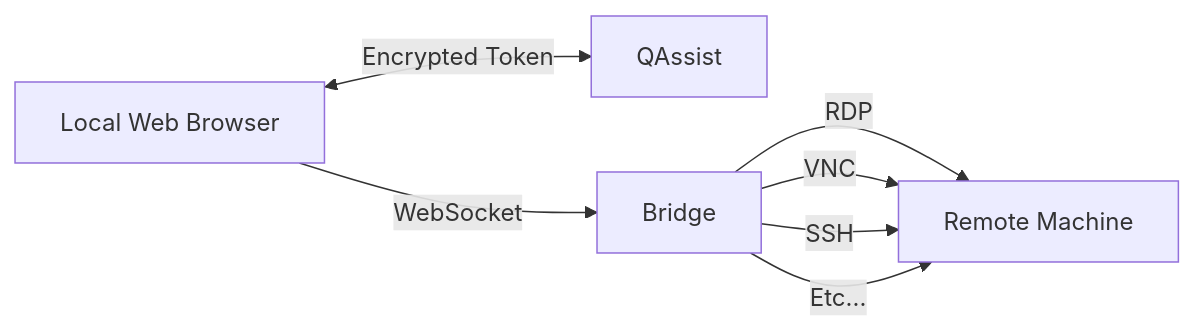
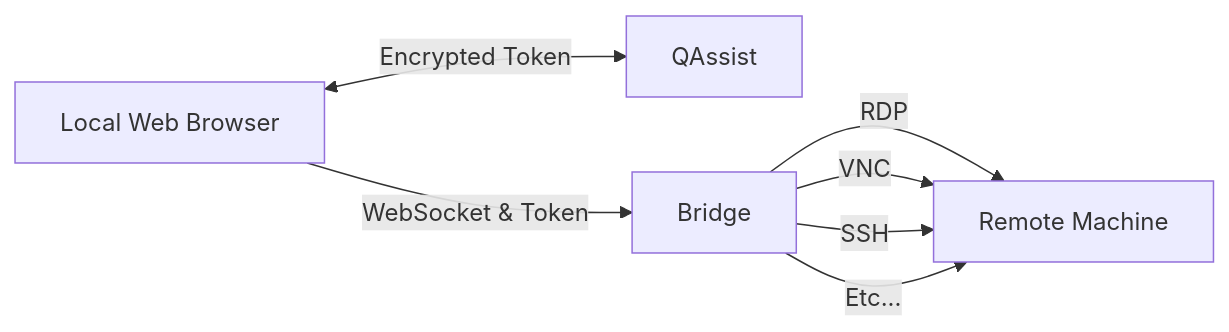
The diagram in docs/bridges/setup-bridge.md (qassistio/docs), drawn with Mermaid before and after one commit. The commit also changed other lines of this file and 3 other files, not shown here.

````diff
--- a/docs/bridges/setup-bridge.md
+++ b/docs/bridges/setup-bridge.md
@@ -17,9 +17,9 @@
 ``` mermaid
 graph LR
   A[Local Web Browser] <-->|Encrypted Token| B[QAssist];
-  A -->|WebSocket| C[Bridge];
+  A -->|WebSocket & Token| C[Bridge];
   C -->|RDP| D[Remote Machine];
   C -->|VNC| D;
   C -->|SSH| D;
   C -->|Etc...| D;
 ```
````
